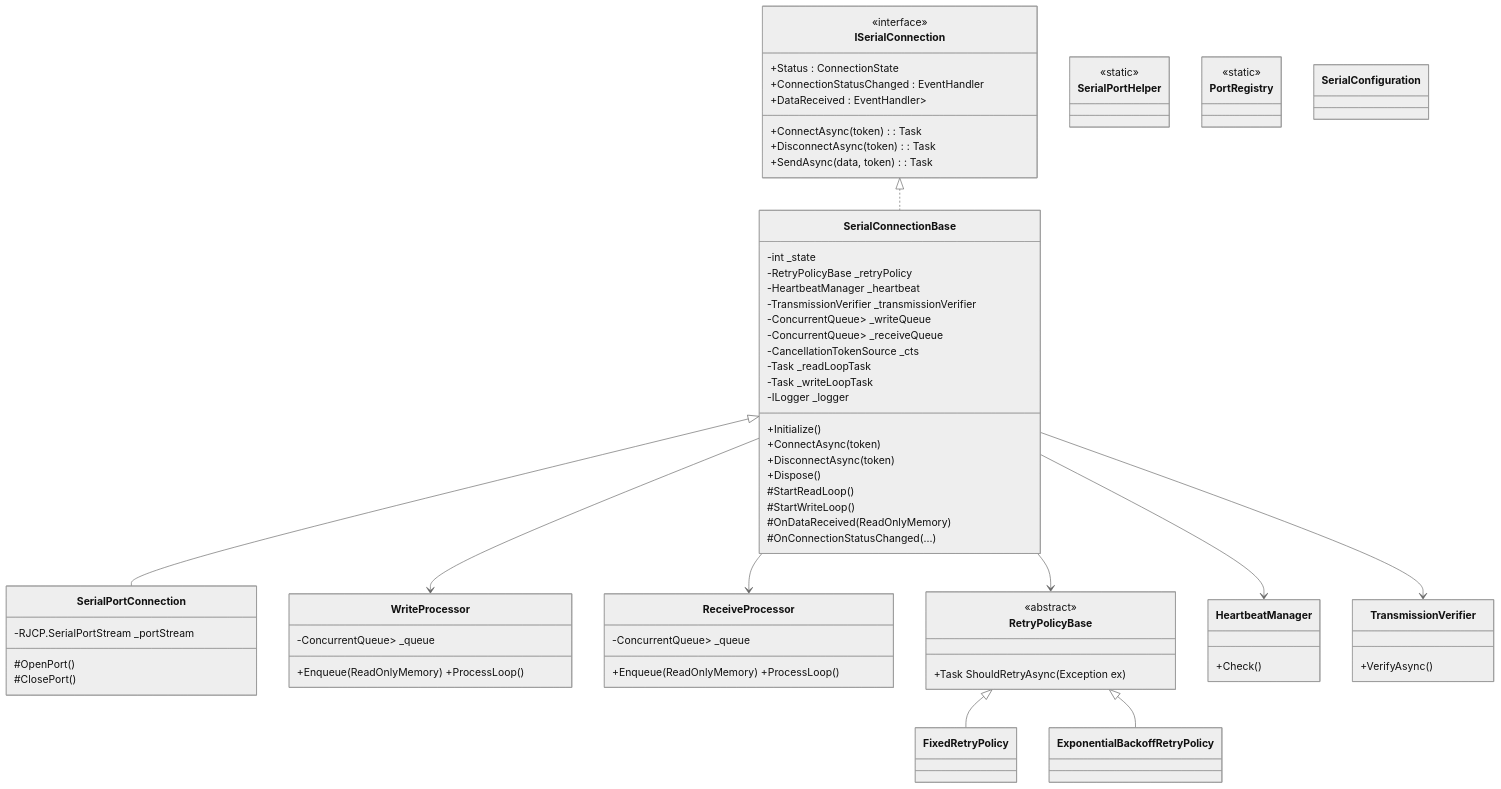
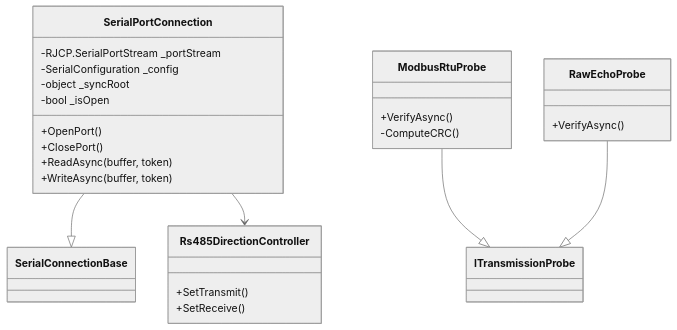
The diagram in 專案/Calin.Communication.SerialPort.md (RaphWu/Notes), drawn with Mermaid (neutral theme) before and after one commit. The commit also changed other lines of this file and 6 other files, not shown here.

````diff
--- a/專案/Calin.Communication.SerialPort.md
+++ b/專案/Calin.Communication.SerialPort.md
@@ -214,81 +117,32 @@
 ```mermaid
 classDiagram
-    class ISerialConnection {
-        <<interface>>
-        +ConnectAsync(token) : Task
-        +DisconnectAsync(token) : Task
-        +SendAsync(data, token) : Task
-        +Status : ConnectionState
-        +ConnectionStatusChanged : EventHandler<ConnectionStatusChangedEventArgs>
-        +DataReceived : EventHandler<ReadOnlyMemory<byte>>
+    class SerialPortConnection {
+        -RJCP.SerialPortStream _portStream
+        -SerialConfiguration _config
+        -object _syncRoot
+        -bool _isOpen
+        +OpenPort()
+        +ClosePort()
+        +ReadAsync(buffer, token)
+        +WriteAsync(buffer, token)
     }
 
-    class SerialConnectionBase {
-        -int _state
-        -RetryPolicyBase _retryPolicy
-        -HeartbeatManager _heartbeat
-        -TransmissionVerifier _transmissionVerifier
-        -ConcurrentQueue<ReadOnlyMemory<byte>> _writeQueue
-        -ConcurrentQueue<ReadOnlyMemory<byte>> _receiveQueue
-        -CancellationTokenSource _cts
-        -Task _readLoopTask
-        -Task _writeLoopTask
-        -ILogger _logger
-        +Initialize()
-        +ConnectAsync(token)
-        +DisconnectAsync(token)
-        +Dispose()
-        #StartReadLoop()
-        #StartWriteLoop()
-        #OnDataReceived(ReadOnlyMemory<byte>)
-        #OnConnectionStatusChanged(...)
+    class ModbusRtuProbe {
+        +VerifyAsync()
+        -ComputeCRC()
     }
 
-    class SerialPortConnection {
-        -RJCP.SerialPortStream _portStream
-        #OpenPort()
-        #ClosePort()
+    class RawEchoProbe {
+        +VerifyAsync()
     }
 
-    class WriteProcessor {
-        -ConcurrentQueue<ReadOnlyMemory<byte>> _queue
-        +Enqueue(ReadOnlyMemory<byte>) +ProcessLoop()
+    class Rs485DirectionController {
+        +SetTransmit()
+        +SetReceive()
     }
 
-    class ReceiveProcessor {
-        -ConcurrentQueue<ReadOnlyMemory<byte>> _queue
-        +Enqueue(ReadOnlyMemory<byte>) +ProcessLoop()
-    }
-
-    class RetryPolicyBase {
-        <<abstract>>
-        +Task<bool> ShouldRetryAsync(Exception ex)
-    }
-
-    class FixedRetryPolicy
-    class ExponentialBackoffRetryPolicy
-
-    class HeartbeatManager {
-        +Check()
-    }
-    class TransmissionVerifier {
-        +VerifyAsync()
-    }
-    class SerialPortHelper {
-        <<static>>
-    }
-    class PortRegistry {
-        <<static>>
-    }
-
-    class SerialConfiguration
-    ISerialConnection <|.. SerialConnectionBase
-    SerialConnectionBase <|-- SerialPortConnection
-    SerialConnectionBase --> RetryPolicyBase
-    RetryPolicyBase <|-- FixedRetryPolicy
-    RetryPolicyBase <|-- ExponentialBackoffRetryPolicy
-    SerialConnectionBase --> HeartbeatManager
-    SerialConnectionBase --> TransmissionVerifier
-    SerialConnectionBase --> WriteProcessor
-    SerialConnectionBase --> ReceiveProcessor
+    SerialPortConnection --|> SerialConnectionBase
+    SerialPortConnection --> Rs485DirectionController
+    ModbusRtuProbe --|> ITransmissionProbe
+    RawEchoProbe --|> ITransmissionProbe
 ```
````
